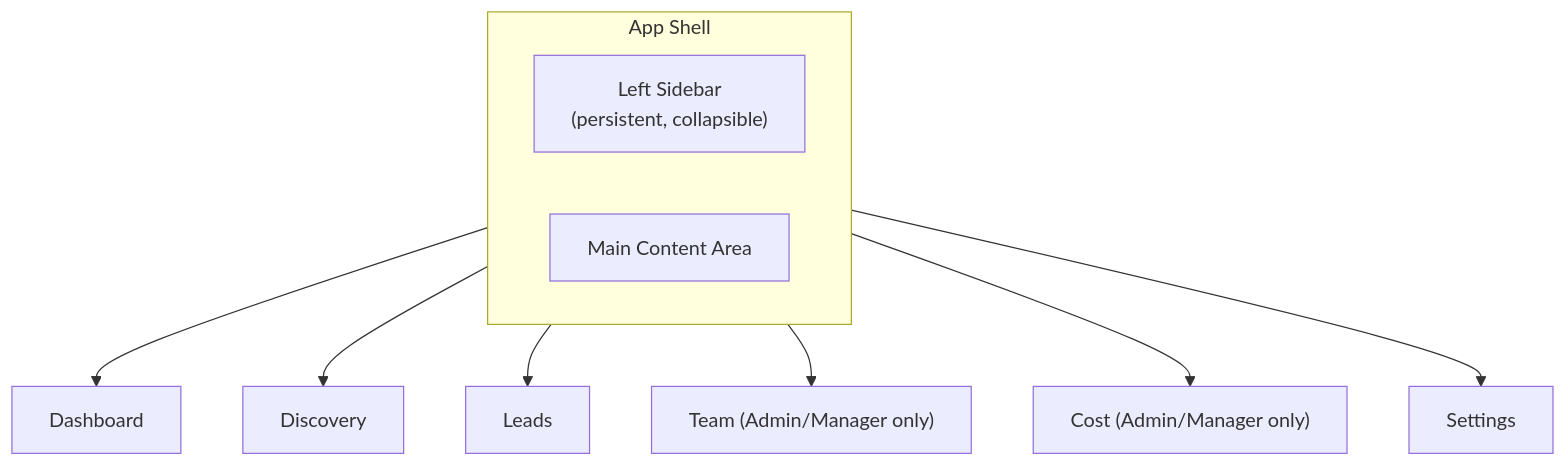
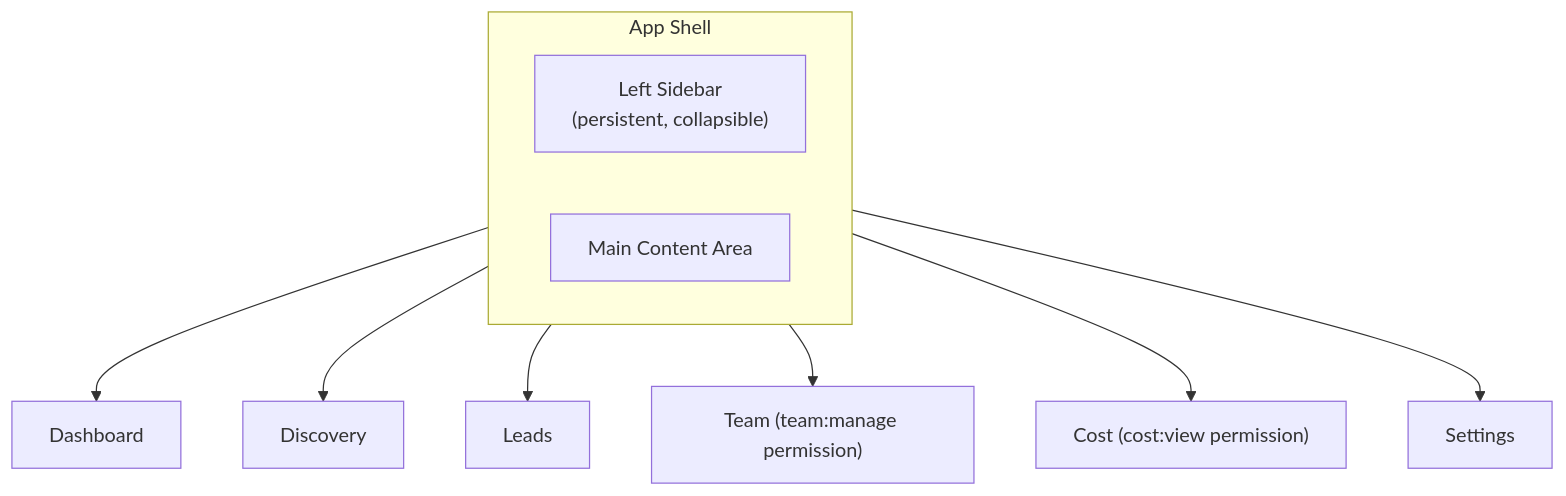
Before and after one commit to ShaiikhRafay/riznexia-platform: the first of 8 diagrams in docs/17-ui-ux-wireframes.md, drawn with Mermaid. The commit also changed other lines of this file and 215 other files, not shown here.

````diff
--- a/docs/17-ui-ux-wireframes.md
+++ b/docs/17-ui-ux-wireframes.md
@@ -91,14 +93,14 @@
 ```mermaid
 flowchart TB
     subgraph Shell["App Shell"]
         direction LR
         Sidebar["Left Sidebar\n(persistent, collapsible)"]
         Main["Main Content Area"]
     end
     Sidebar --> NavHome[Dashboard]
     Sidebar --> NavDiscovery[Discovery]
     Sidebar --> NavLeads[Leads]
-    Sidebar --> NavTeam["Team (Admin/Manager only)"]
-    Sidebar --> NavCost["Cost (Admin/Manager only)"]
+    Sidebar --> NavTeam["Team (team:manage permission)"]
+    Sidebar --> NavCost["Cost (cost:view permission)"]
     Sidebar --> NavSettings[Settings]
 ```
````
